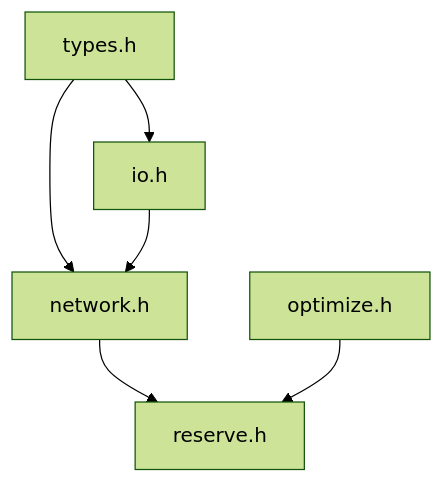
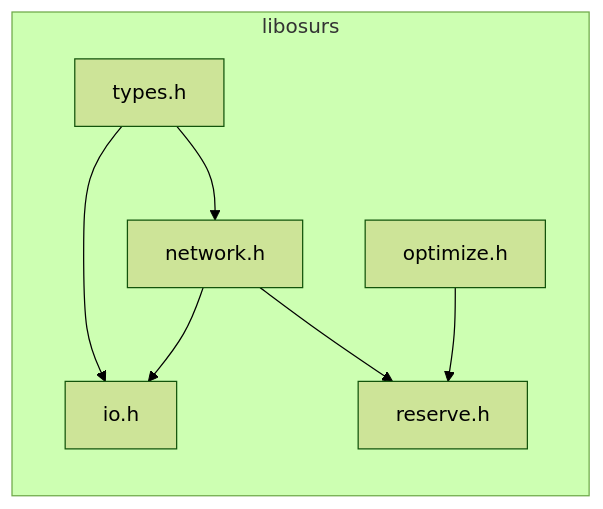
Before and after one commit to maptic/osurs: the first of 5 diagrams in README.md, drawn with Mermaid (forest theme). The commit also changed other lines of this file and 2 other files, not shown here.

````diff
--- a/README.md
+++ b/README.md
@@ -15,8 +15,10 @@
 ```mermaid
-graph TD;
-  types.h-->network.h;
-  types.h-->io.h;
-  io.h-->network.h;
-  network.h-->reserve.h;
-  optimize.h-->reserve.h;
+graph LR;
+  subgraph libosurs;
+    types.h-->network.h;
+    types.h-->io.h;
+    network.h-->io.h
+    network.h-->reserve.h;
+    optimize.h-->reserve.h;
+  end;
 ```
````
